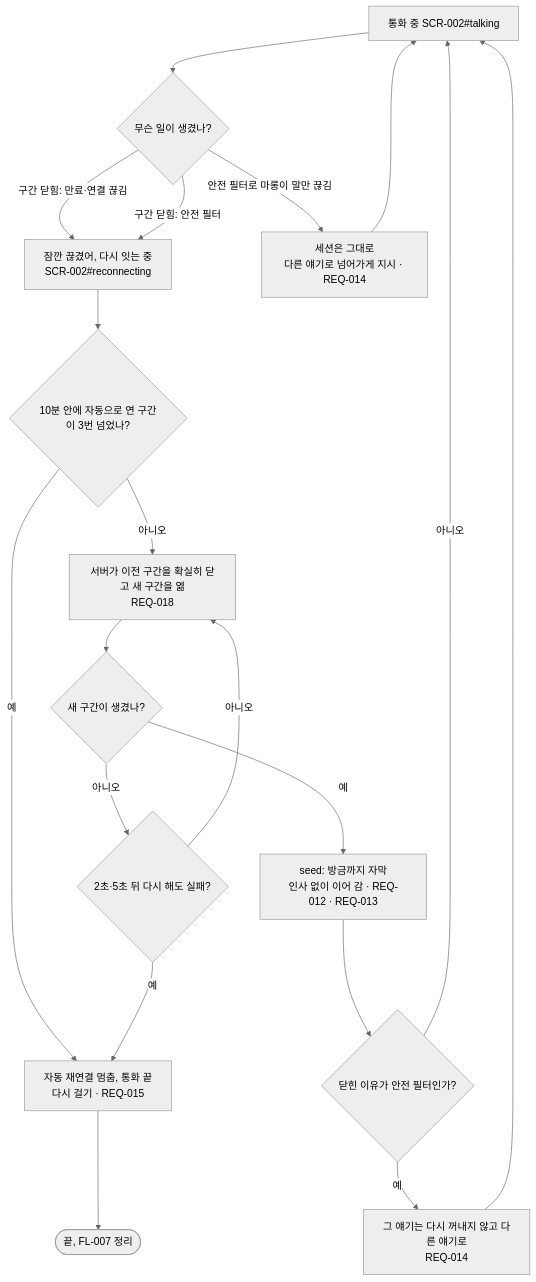
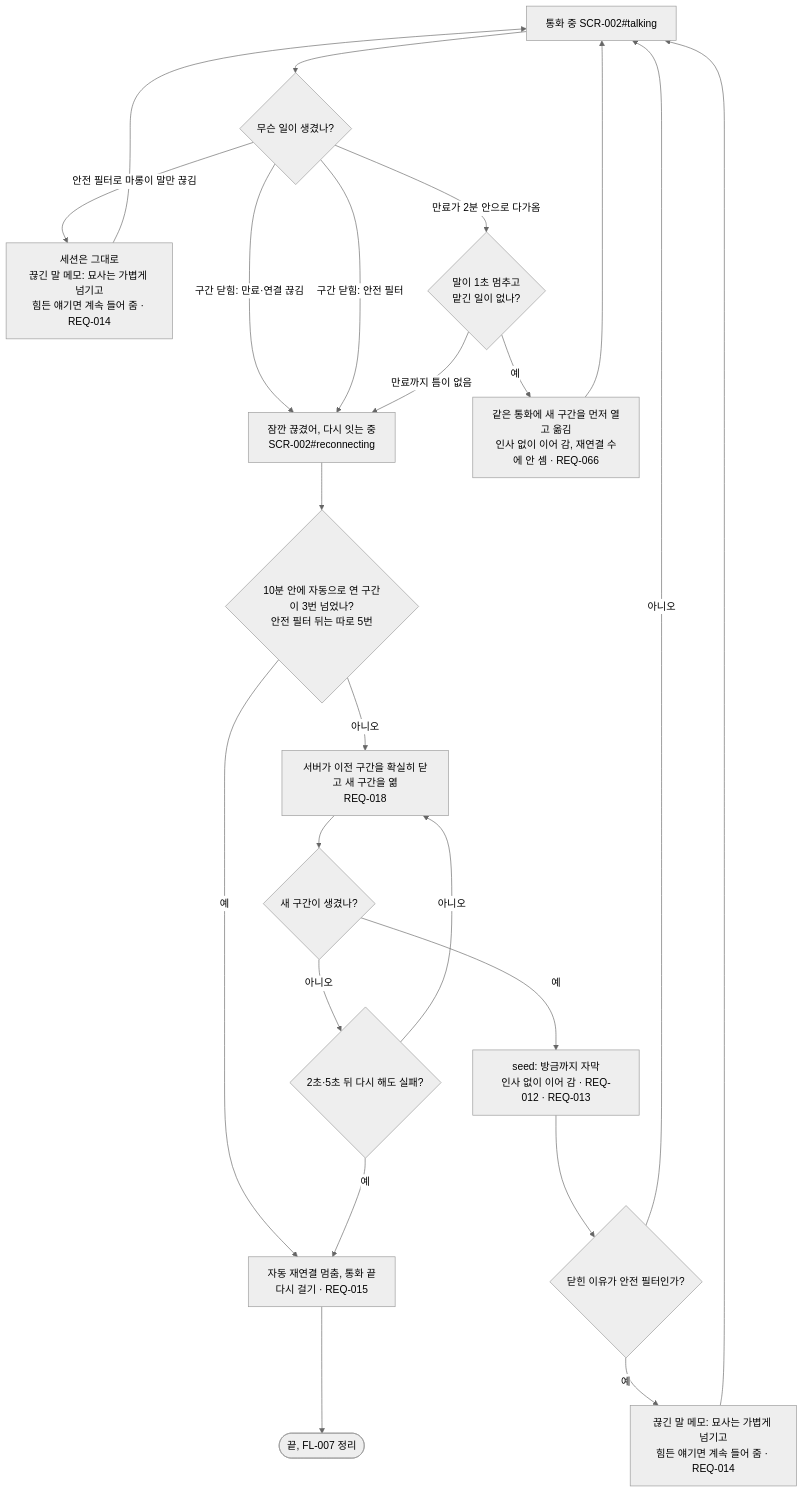
Before and after one commit to kodonghui/marong2: the diagram in docs/03-user-flow/FL-004-reconnect.md, drawn with Mermaid (neutral theme). The commit also changed other lines of this file and 22 other files, not shown here.

````diff
--- a/docs/03-user-flow/FL-004-reconnect.md
+++ b/docs/03-user-flow/FL-004-reconnect.md
@@ -6,18 +6,21 @@
 ```mermaid
 flowchart TD
   A["통화 중 SCR-002#talking"] --> B{"무슨 일이 생겼나?"}
   B -->|"구간 닫힘: 만료·연결 끊김"| C["잠깐 끊겼어, 다시 잇는 중<br/>SCR-002#reconnecting"]
   B -->|"구간 닫힘: 안전 필터"| C
-  B -->|"안전 필터로 마롱이 말만 끊김"| B2["세션은 그대로<br/>다른 얘기로 넘어가게 지시 · REQ-014"] --> A
-  C --> D{"10분 안에 자동으로 연 구간이 3번 넘었나?"}
+  B -->|"안전 필터로 마롱이 말만 끊김"| B2["세션은 그대로<br/>끊긴 말 메모: 묘사는 가볍게 넘기고<br/>힘든 얘기면 계속 들어 줌 · REQ-014"] --> A
+  B -->|"만료가 2분 안으로 다가옴"| R1{"말이 1초 멈추고<br/>맡긴 일이 없나?"}
+  R1 -->|예| R2["같은 통화에 새 구간을 먼저 열고 옮김<br/>인사 없이 이어 감, 재연결 수에 안 셈 · REQ-066"] --> A
+  R1 -->|"만료까지 틈이 없음"| C
+  C --> D{"10분 안에 자동으로 연 구간이 3번 넘었나?<br/>안전 필터 뒤는 따로 5번"}
   D -->|예| D1["자동 재연결 멈춤, 통화 끝<br/>다시 걸기 · REQ-015"] --> Z(["끝, FL-007 정리"])
   D -->|아니오| E["서버가 이전 구간을 확실히 닫고 새 구간을 엶<br/>REQ-018"]
   E --> F{"새 구간이 생겼나?"}
   F -->|"아니오"| F1{"2초·5초 뒤 다시 해도 실패?"}
   F1 -->|예| D1
   F1 -->|아니오| E
   F -->|예| G["seed: 방금까지 자막<br/>인사 없이 이어 감 · REQ-012 · REQ-013"]
   G --> H{"닫힌 이유가 안전 필터인가?"}
-  H -->|예| H1["그 얘기는 다시 꺼내지 않고 다른 얘기로<br/>REQ-014"] --> A
+  H -->|예| H1["끊긴 말 메모: 묘사는 가볍게 넘기고<br/>힘든 얘기면 계속 들어 줌 · REQ-014"] --> A
   H -->|아니오| A
 ```
````
